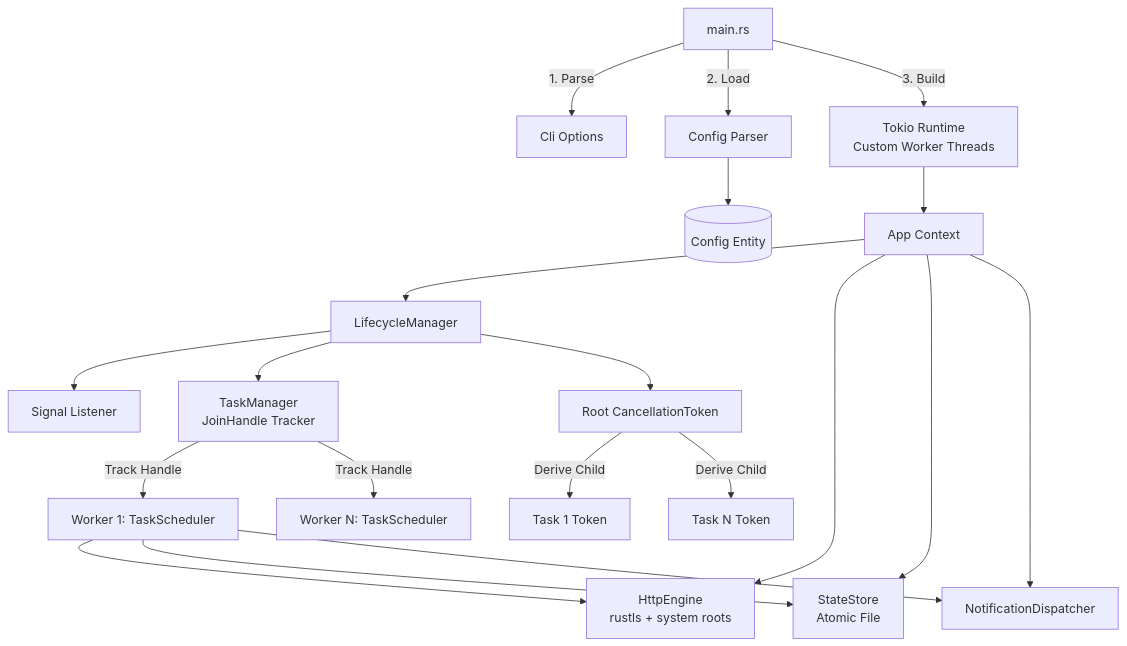
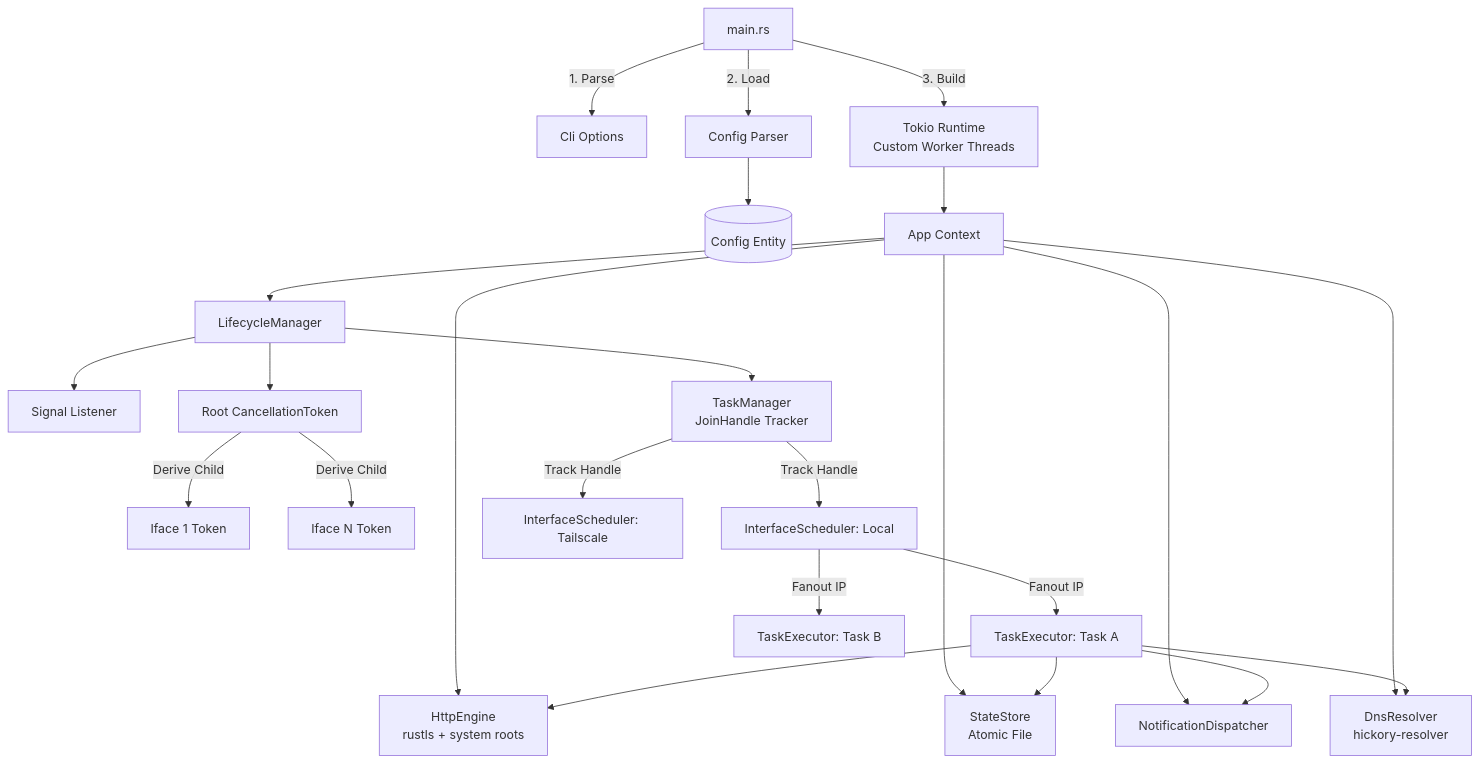
Before and after one commit to spritetong/rdns: the first of 3 diagrams in docs/DESIGN.md, drawn with Mermaid. The commit also changed other lines of this file and 19 other files, not shown here.

````diff
--- a/docs/DESIGN.md
+++ b/docs/DESIGN.md
@@ -80,27 +82,32 @@
 ```mermaid
 graph TD
     Main[main.rs] -->|1. Parse| CLI[Cli Options]
     Main -->|2. Load| ConfigParser[Config Parser]
     ConfigParser --> Config[(Config Entity)]
     Main -->|3. Build| TokioRt[Tokio Runtime<br/>Custom Worker Threads]
     TokioRt --> App[App Context]
     
     App --> Lifecycle[LifecycleManager]
     Lifecycle --> Signal[Signal Listener]
     Lifecycle --> TaskMgr[TaskManager<br/>JoinHandle Tracker]
     Lifecycle --> RootToken[Root CancellationToken]
     
     App --> Engine[HttpEngine<br/>rustls + system roots]
     App --> StateStore[StateStore<br/>Atomic File]
     App --> Notifier[NotificationDispatcher]
+    App --> DnsResolver[DnsResolver<br/>hickory-resolver]
     
-    RootToken -->|Derive Child| TaskToken1[Task 1 Token]
-    RootToken -->|Derive Child| TaskTokenN[Task N Token]
+    RootToken -->|Derive Child| IfaceToken1[Iface 1 Token]
+    RootToken -->|Derive Child| IfaceTokenN[Iface N Token]
     
-    TaskMgr -->|Track Handle| Worker1[Worker 1: TaskScheduler]
-    TaskMgr -->|Track Handle| WorkerN[Worker N: TaskScheduler]
+    TaskMgr -->|Track Handle| IfaceScheduler1[InterfaceScheduler: Local]
+    TaskMgr -->|Track Handle| IfaceSchedulerN[InterfaceScheduler: Tailscale]
     
-    Worker1 --> Engine
-    Worker1 --> StateStore
-    Worker1 --> Notifier
+    IfaceScheduler1 -->|Fanout IP| TaskExec1[TaskExecutor: Task A]
+    IfaceScheduler1 -->|Fanout IP| TaskExec2[TaskExecutor: Task B]
+    
+    TaskExec1 --> Engine
+    TaskExec1 --> StateStore
+    TaskExec1 --> Notifier
+    TaskExec1 --> DnsResolver
 ```
````
